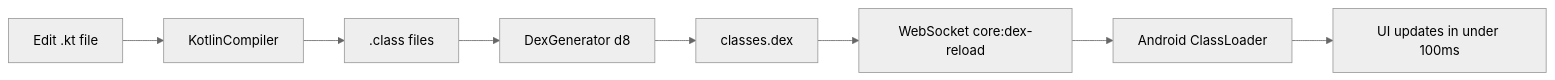
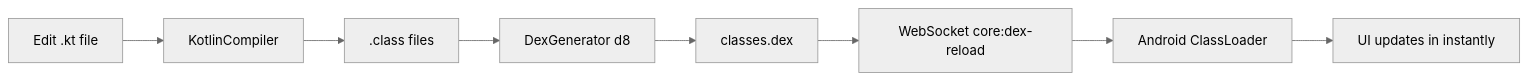
One commit to dev-phantom/jetstart changed the first of 2 diagrams in docs/docs/getting-started/introduction.md. Above: the diagram before and after it, drawn with Mermaid (neutral theme). The commit also changed other lines of this file and 18 other files, not shown here.

````diff
--- a/docs/docs/getting-started/introduction.md
+++ b/docs/docs/getting-started/introduction.md
@@ -39,10 +39,10 @@
 ```mermaid
 graph LR
     A[Edit .kt file] --> B[KotlinCompiler]
     B --> C[.class files]
     C --> D[DexGenerator d8]
     D --> E[classes.dex]
     E --> F[WebSocket core:dex-reload]
     F --> G[Android ClassLoader]
-    G --> H[UI updates in under 100ms]
+    G --> H[UI updates in instantly]
 ```
````
